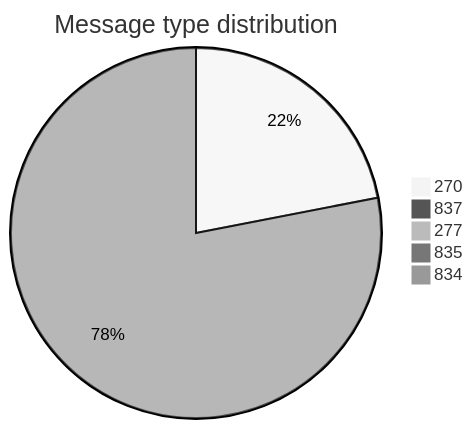
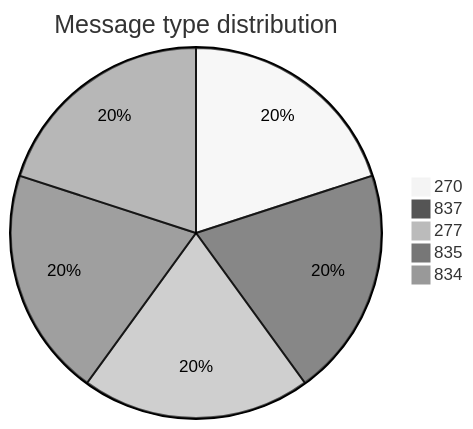
One commit to dhagan-va/intern-2025 changed the first of 10 diagrams in test-tools/DataGen/src/Statistics_Visualizer.md. Above: the diagram before and after it, drawn with Mermaid (neutral theme). The commit also changed other lines of this file and 2 other files, not shown here.

````diff
--- a/test-tools/DataGen/src/Statistics_Visualizer.md
+++ b/test-tools/DataGen/src/Statistics_Visualizer.md
@@ -18,8 +18,8 @@
 ```mermaid
 pie title Message type distribution
-    "270" : 505
-    "837" : 0
-    "277" : 0
-    "835" : 0
-    "834" : 1796
+    "270" : 10000
+    "837" : 10000
+    "277" : 10000
+    "835" : 10000
+    "834" : 10000
 ```
````
